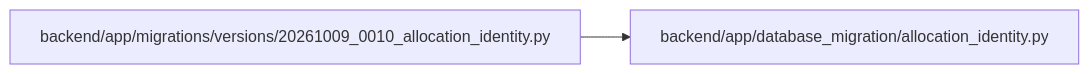
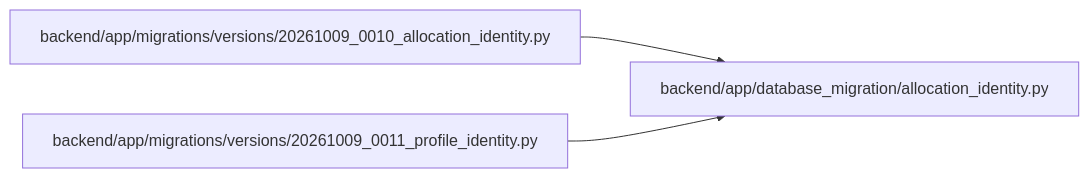
The diagram in docs/llm_wiki/modules/allocation_identity.md (Denissvgn/WorkChord), drawn with Mermaid before and after one commit. The commit also changed other lines of this file and 383 other files, not shown here.

````diff
--- a/docs/llm_wiki/modules/allocation_identity.md
+++ b/docs/llm_wiki/modules/allocation_identity.md
@@ -21,8 +23,11 @@
 ```mermaid
 flowchart LR
     n0["backend/app/database_migration/allocation_identity.py"]
     n1["backend/app/migrations/versions/20261009_0010_allocation_identity.py"]
+    n2["backend/app/migrations/versions/20261009_0011_profile_identity.py"]
     n1 --> n0
+    n2 --> n0
     click n0 "../modules/allocation_identity.md"
     click n1 "../modules/20261009_0010_allocation_identity.md"
+    click n2 "../modules/20261009_0011_profile_identity.md"
 ```
````
